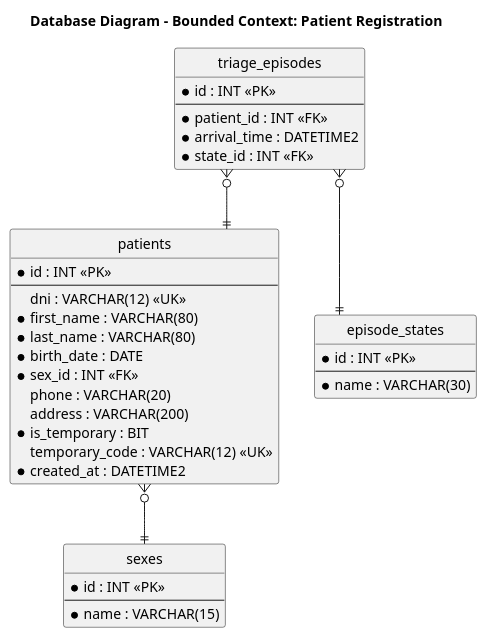
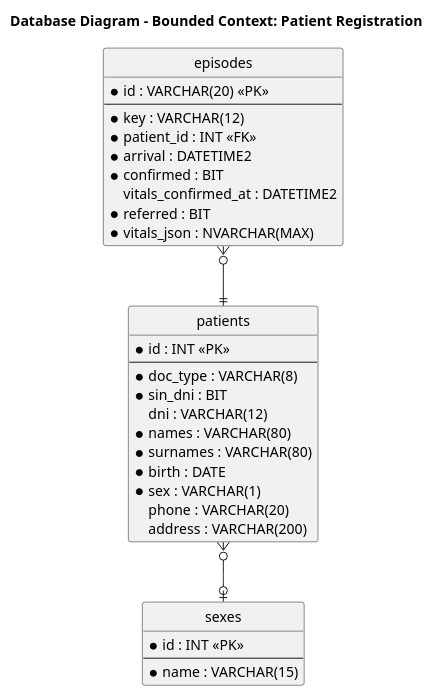
One commit to upc-pre-1ASI0730-2620-8155-SoliDevs/project-report changed the diagram in report/assets/plantuml/erd_patient.puml. Above: the diagram before and after it, drawn with PlantUML. The commit also changed 11 other files, not shown here.

First line of the commit message:
docs(report): align class and database diagrams with implemented model

```diff
--- a/report/assets/plantuml/erd_patient.puml
+++ b/report/assets/plantuml/erd_patient.puml
@@ -1,40 +1,37 @@
 @startuml
 title Database Diagram - Bounded Context: Patient Registration
 hide circle
 skinparam linetype ortho
 
 entity "patients" as patients {
   * id : INT <<PK>>
   --
-  dni : VARCHAR(12) <<UK>>
-  * first_name : VARCHAR(80)
-  * last_name : VARCHAR(80)
-  * birth_date : DATE
-  * sex_id : INT <<FK>>
+  * doc_type : VARCHAR(8)
+  * sin_dni : BIT
+  dni : VARCHAR(12)
+  * names : VARCHAR(80)
+  * surnames : VARCHAR(80)
+  * birth : DATE
+  * sex : VARCHAR(1)
   phone : VARCHAR(20)
   address : VARCHAR(200)
-  * is_temporary : BIT
-  temporary_code : VARCHAR(12) <<UK>>
-  * created_at : DATETIME2
 }
 entity "sexes" as sexes {
   * id : INT <<PK>>
   --
   * name : VARCHAR(15)
 }
-entity "triage_episodes" as episodes {
-  * id : INT <<PK>>
+entity "episodes" as episodes {
+  * id : VARCHAR(20) <<PK>>
   --
+  * key : VARCHAR(12)
   * patient_id : INT <<FK>>
-  * arrival_time : DATETIME2
-  * state_id : INT <<FK>>
+  * arrival : DATETIME2
+  * confirmed : BIT
+  vitals_confirmed_at : DATETIME2
+  * referred : BIT
+  * vitals_json : NVARCHAR(MAX)
 }
-entity "episode_states" as est {
-  * id : INT <<PK>>
-  --
-  * name : VARCHAR(30)
-}
-patients }o--|| sexes
+patients }o--o| sexes
 episodes }o--|| patients
-episodes }o--|| est
 @enduml
```
